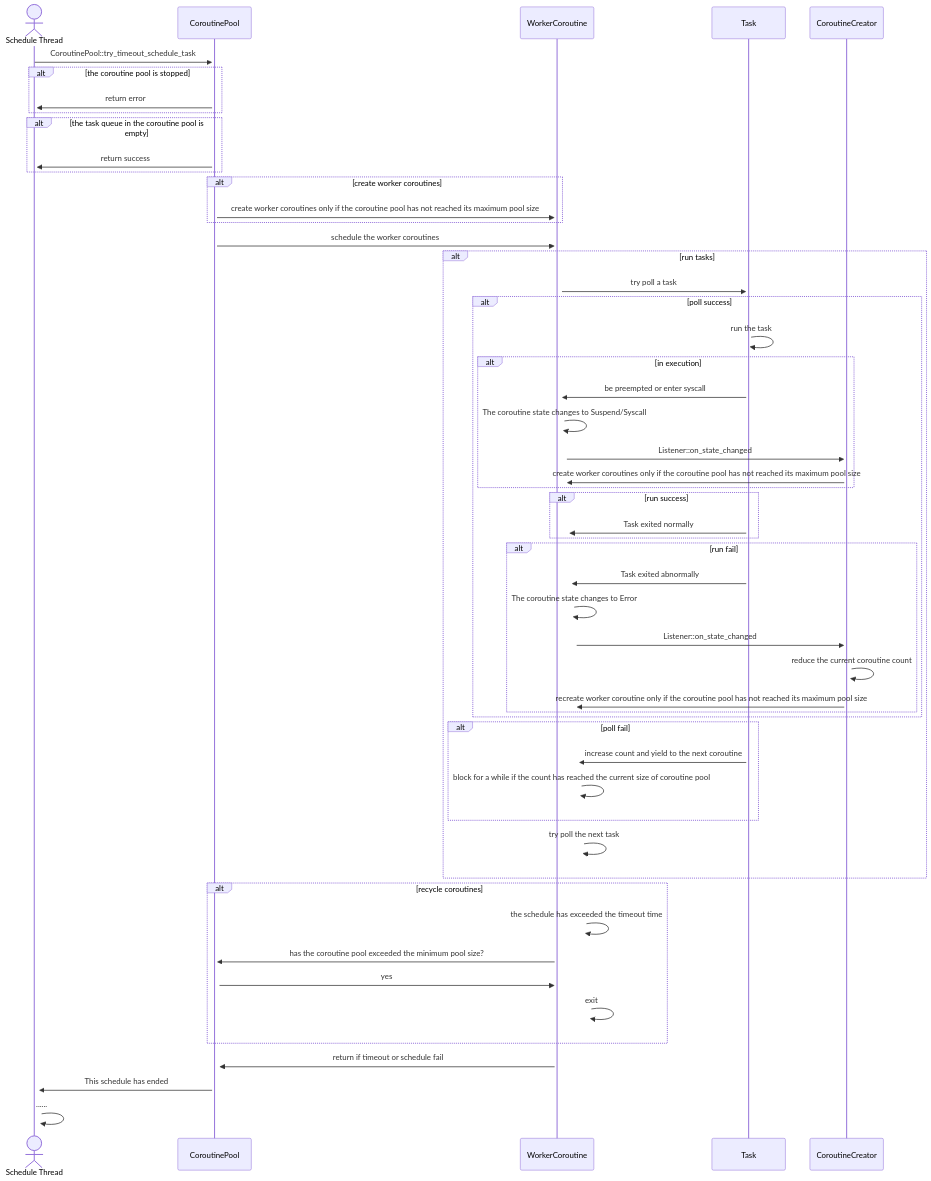
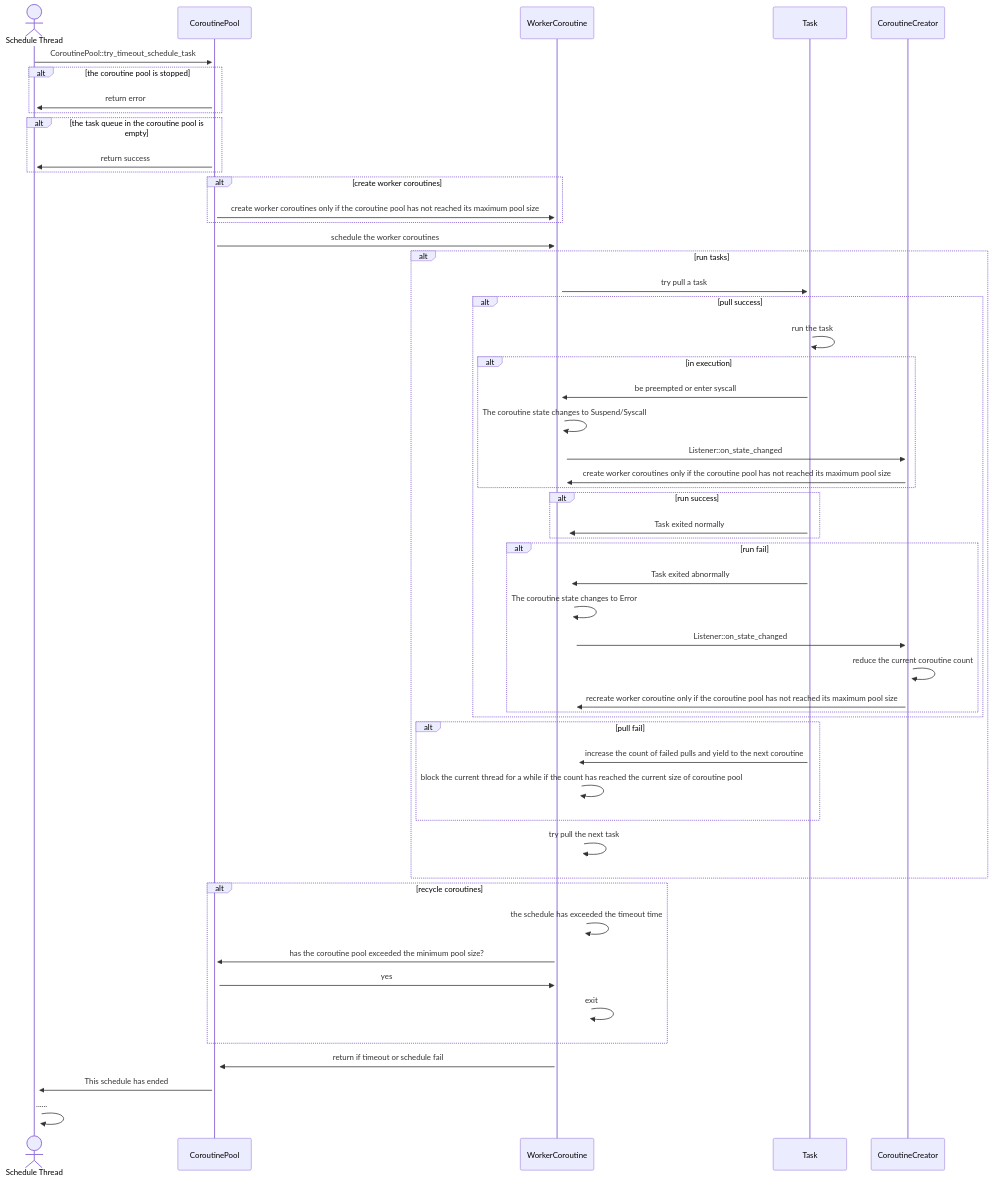
Before and after one commit to acl-dev/open-coroutine: the diagram in core/docs/en/coroutine-pool.md, drawn with Mermaid. The commit also changed other lines of this file and 7 other files, not shown here.

````diff
--- a/core/docs/en/coroutine-pool.md
+++ b/core/docs/en/coroutine-pool.md
@@ -55,56 +58,56 @@
 ```mermaid
 sequenceDiagram
     Actor Schedule Thread
     participant CoroutinePool
     participant WorkerCoroutine
     participant Task
     participant CoroutineCreator
 
     Schedule Thread ->>+ CoroutinePool: CoroutinePool::try_timeout_schedule_task
     alt the coroutine pool is stopped
         CoroutinePool ->>+ Schedule Thread: return error
     end
     alt the task queue in the coroutine pool is empty
         CoroutinePool ->>+ Schedule Thread: return success
     end
     alt create worker coroutines
         CoroutinePool ->>+ WorkerCoroutine: create worker coroutines only if the coroutine pool has not reached its maximum pool size
     end
     CoroutinePool ->>+ WorkerCoroutine: schedule the worker coroutines
     alt run tasks
-        WorkerCoroutine ->>+ Task: try poll a task
-        alt poll success
+        WorkerCoroutine ->>+ Task: try pull a task
+        alt pull success
             Task ->>+ Task: run the task
             alt in execution
                 Task ->>+ WorkerCoroutine: be preempted or enter syscall
                 WorkerCoroutine ->>+ WorkerCoroutine: The coroutine state changes to Suspend/Syscall
                 WorkerCoroutine ->>+ CoroutineCreator: Listener::on_state_changed
                 CoroutineCreator ->>+ WorkerCoroutine: create worker coroutines only if the coroutine pool has not reached its maximum pool size
             end
             alt run success
                 Task ->>+ WorkerCoroutine: Task exited normally
             end
             alt run fail
                 Task ->>+ WorkerCoroutine: Task exited abnormally
                 WorkerCoroutine ->>+ WorkerCoroutine: The coroutine state changes to Error
                 WorkerCoroutine ->>+ CoroutineCreator: Listener::on_state_changed
                 CoroutineCreator ->>+ CoroutineCreator: reduce the current coroutine count
                 CoroutineCreator ->>+ WorkerCoroutine: recreate worker coroutine only if the coroutine pool has not reached its maximum pool size
             end
         end
-        alt poll fail
-            Task ->>+ WorkerCoroutine: increase count and yield to the next coroutine
-            WorkerCoroutine ->>+ WorkerCoroutine: block for a while if the count has reached the current size of coroutine pool
+        alt pull fail
+            Task ->>+ WorkerCoroutine: increase the count of failed pulls and yield to the next coroutine
+            WorkerCoroutine ->>+ WorkerCoroutine: block the current thread for a while if the count has reached the current size of coroutine pool
         end
-        WorkerCoroutine ->>+ WorkerCoroutine: try poll the next task
+        WorkerCoroutine ->>+ WorkerCoroutine: try pull the next task
     end
     alt recycle coroutines
         WorkerCoroutine ->>+ WorkerCoroutine: the schedule has exceeded the timeout time
         WorkerCoroutine ->>+ CoroutinePool: has the coroutine pool exceeded the minimum pool size?
         CoroutinePool ->>+ WorkerCoroutine: yes
         WorkerCoroutine ->>+ WorkerCoroutine: exit
     end
     WorkerCoroutine ->>+ CoroutinePool: return if timeout or schedule fail
     CoroutinePool ->>+ Schedule Thread: This schedule has ended
     Schedule Thread ->>+ Schedule Thread: ......
 ```
````
